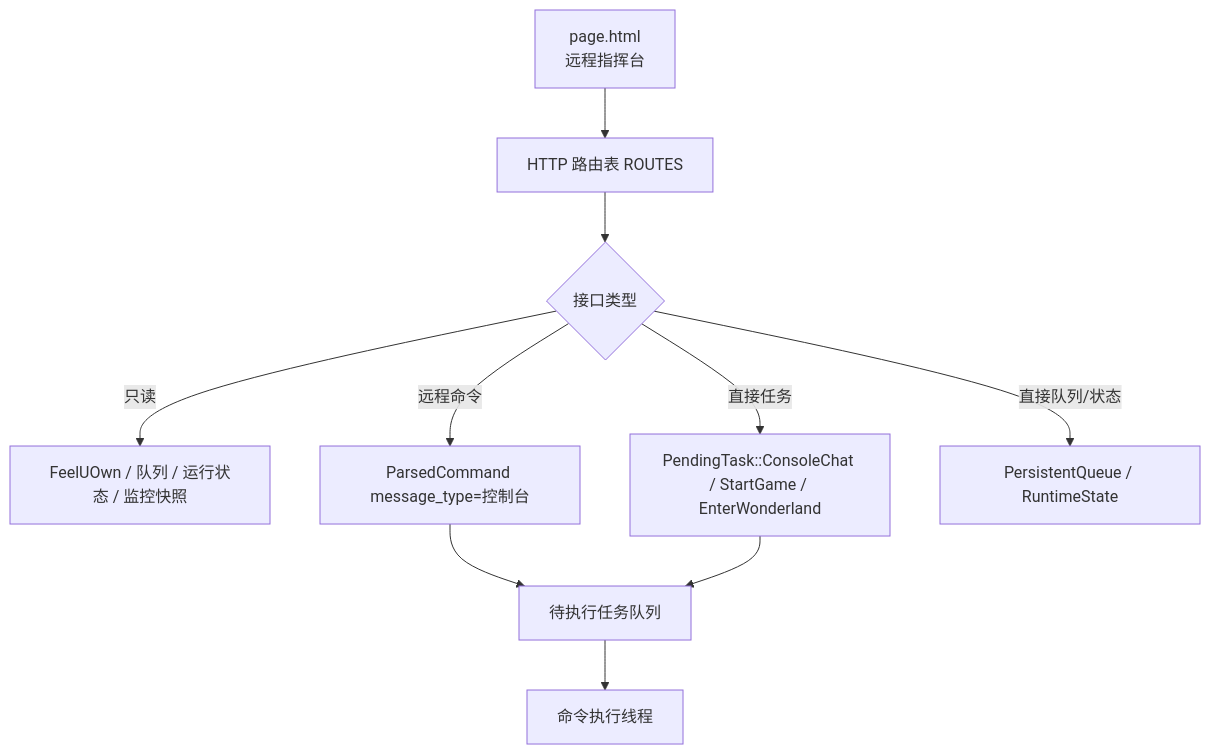
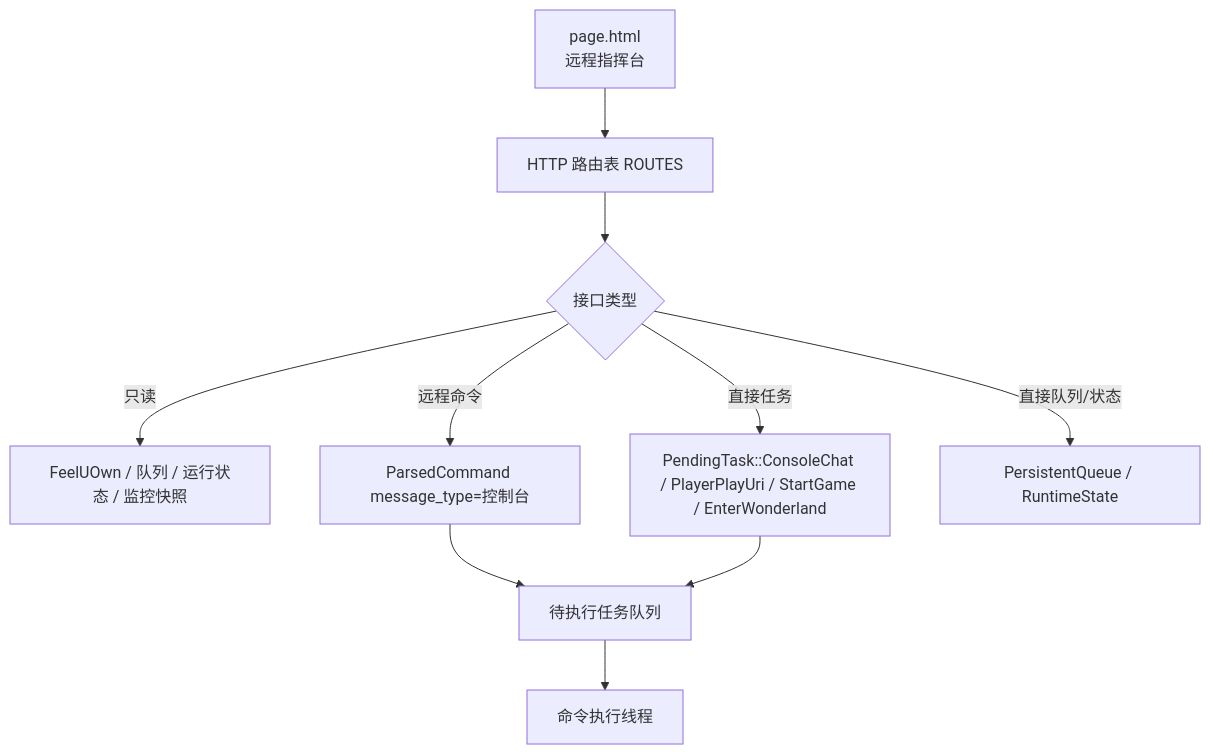
Before and after one commit to XingNian-www/Miliastra-Wonderland-Music: the diagram in docs/web-monitor-api.md, drawn with Mermaid. The commit also changed other lines of this file and 22 other files, not shown here.

````diff
--- a/docs/web-monitor-api.md
+++ b/docs/web-monitor-api.md
@@ -11,12 +11,12 @@
 ```mermaid
 flowchart TD
     A["page.html<br/>远程指挥台"] --> B["HTTP 路由表 ROUTES"]
     B --> C{"接口类型"}
     C -->|只读| D["FeelUOwn / 队列 / 运行状态 / 监控快照"]
     C -->|远程命令| E["ParsedCommand message_type=控制台"]
-    C -->|直接任务| F["PendingTask::ConsoleChat / StartGame / EnterWonderland"]
+    C -->|直接任务| F["PendingTask::ConsoleChat / PlayerPlayUri / StartGame / EnterWonderland"]
     C -->|直接队列/状态| G["PersistentQueue / RuntimeState"]
     E --> H["待执行任务队列"]
     F --> H
     H --> I["命令执行线程"]
 ```
````
